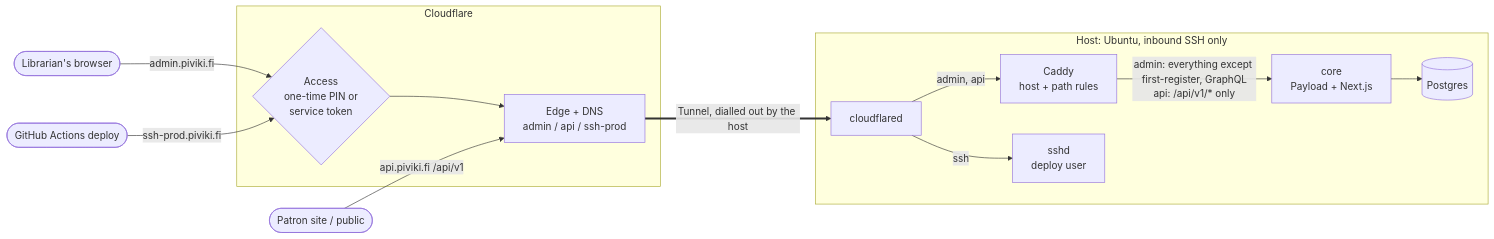
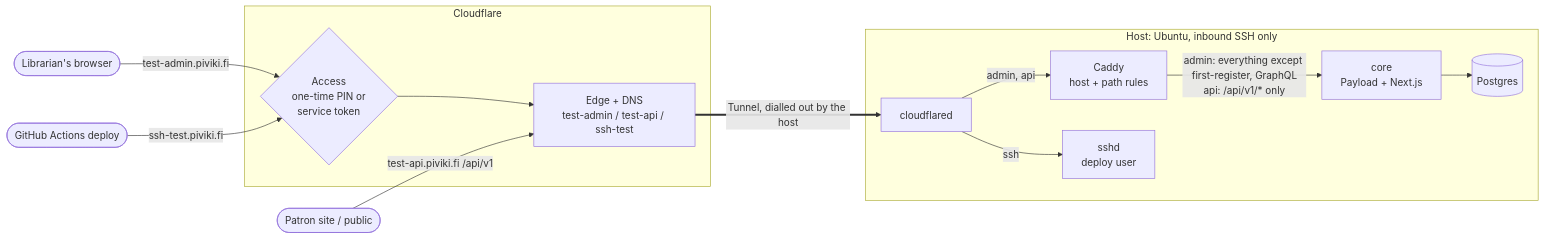
One commit to piviki-org/piviki-infra changed the first of 4 diagrams in README.md. Above: the diagram before and after it, drawn with Mermaid. The commit also changed other lines of this file and 29 other files, not shown here.

````diff
--- a/README.md
+++ b/README.md
@@ -91,29 +107,29 @@
 ```mermaid
 flowchart LR
   librarian(["Librarian's browser"])
   public(["Patron site / public"])
   ci(["GitHub Actions deploy"])
 
   subgraph cf["Cloudflare"]
     access{"Access<br/>one-time PIN or<br/>service token"}
-    edge["Edge + DNS<br/>admin / api / ssh-prod"]
+    edge["Edge + DNS<br/>test-admin / test-api / ssh-test"]
   end
 
   subgraph host["Host: Ubuntu, inbound SSH only"]
     cfd["cloudflared"]
     caddy["Caddy<br/>host + path rules"]
     core["core<br/>Payload + Next.js"]
     pg[("Postgres")]
     sshd["sshd<br/>deploy user"]
   end
 
-  librarian -->|"admin.piviki.fi"| access
-  ci -->|"ssh-prod.piviki.fi"| access
+  librarian -->|"test-admin.piviki.fi"| access
+  ci -->|"ssh-test.piviki.fi"| access
   access --> edge
-  public -->|"api.piviki.fi /api/v1"| edge
+  public -->|"test-api.piviki.fi /api/v1"| edge
   edge ==>|"Tunnel, dialled out by the host"| cfd
   cfd -->|"admin, api"| caddy
   cfd -->|"ssh"| sshd
   caddy -->|"admin: everything except first-register, GraphQL<br/>api: /api/v1/* only"| core
   core --> pg
 ```
````
